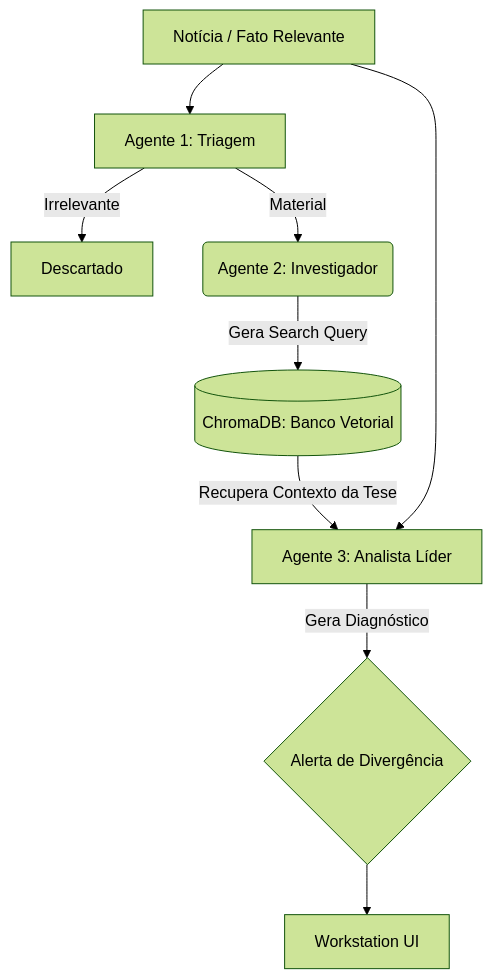
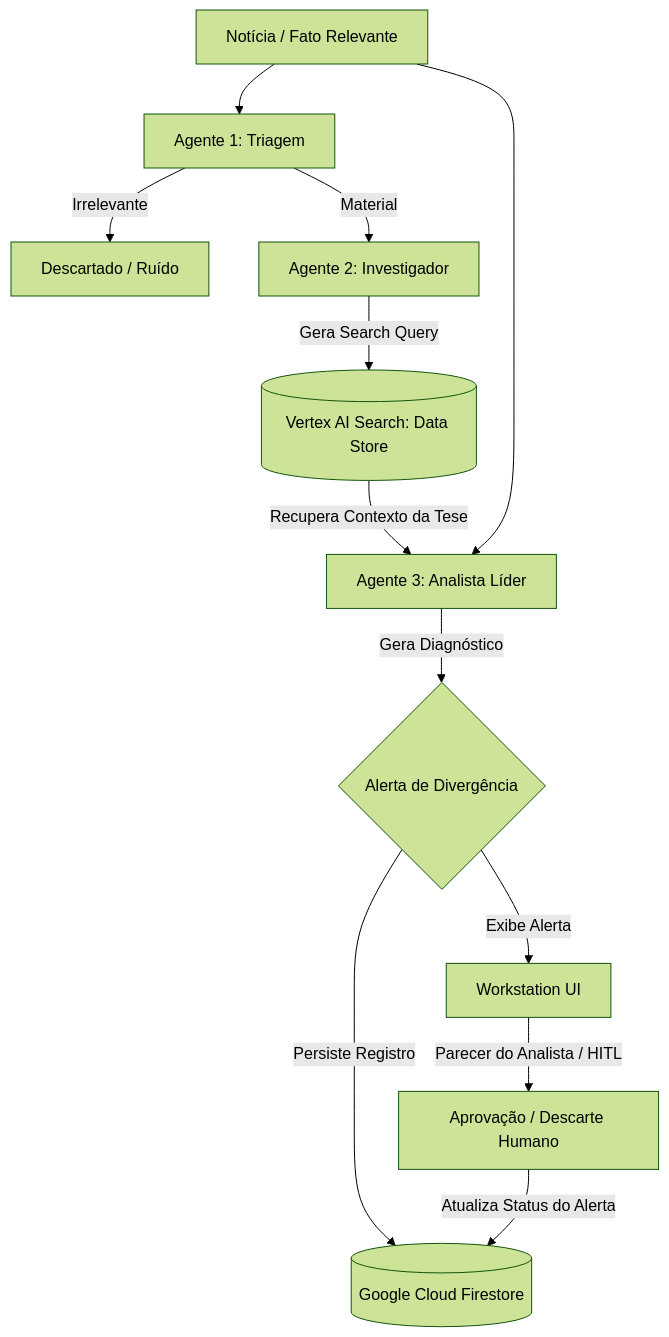
One commit to EDJR94/gft-smc-2026-equipe-05 changed the diagram in README.md. Above: the diagram before and after it, drawn with Mermaid (forest theme). The commit also changed other lines of this file and 47 other files, not shown here.

````diff
--- a/README.md
+++ b/README.md
@@ -58,14 +62,18 @@
 ```mermaid
 graph TD
     A[Notícia / Fato Relevante] --> B[Agente 1: Triagem]
-    B -->|Irrelevante| Z[Descartado]
-    B -->|Material| C(Agente 2: Investigador)
+    B -->|Irrelevante| Z[Descartado / Ruído]
+    B -->|Material| C[Agente 2: Investigador]
     
-    C -->|Gera Search Query| D[(ChromaDB: Banco Vetorial)]
+    C -->|Gera Search Query| D[(Vertex AI Search: Data Store)]
     
     D -->|Recupera Contexto da Tese| E[Agente 3: Analista Líder]
     A --> E
     
     E -->|Gera Diagnóstico| F{Alerta de Divergência}
-    F --> G[Workstation UI]
+    F -->|Persiste Registro| H[(Google Cloud Firestore)]
+    F -->|Exibe Alerta| G[Workstation UI]
+    
+    G -->|Parecer do Analista / HITL| I[Aprovação / Descarte Humano]
+    I -->|Atualiza Status do Alerta| H
 ```
````
